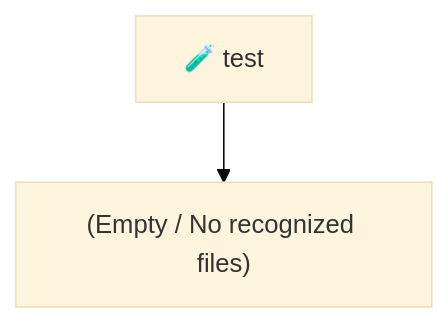
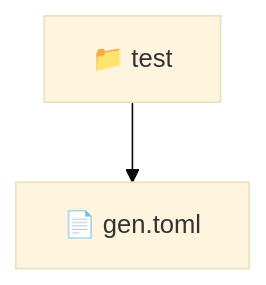
Before and after one commit to beginwebdev2002/fullstack-mavluda: the diagram in .gemini/commands/test/README.md, drawn with Mermaid (base theme). The commit also changed other lines of this file and 165 other files, not shown here.

First line of the commit message:
docs: generate localized architectural READMEs

````diff
--- a/.gemini/commands/test/README.md
+++ b/.gemini/commands/test/README.md
@@ -9,5 +9,5 @@
 ```mermaid
 graph TD
-  Root["🧪 test"]
-  Root --> Empty["(Empty / No recognized files)"]
+  test["📁 test"]
+  test --> gen_toml["📄 gen.toml"]
 ```
````
